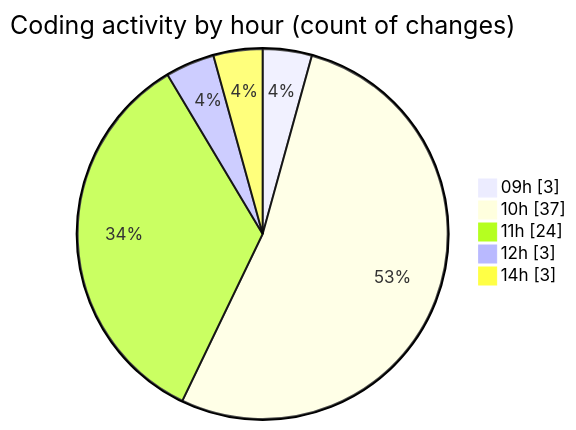
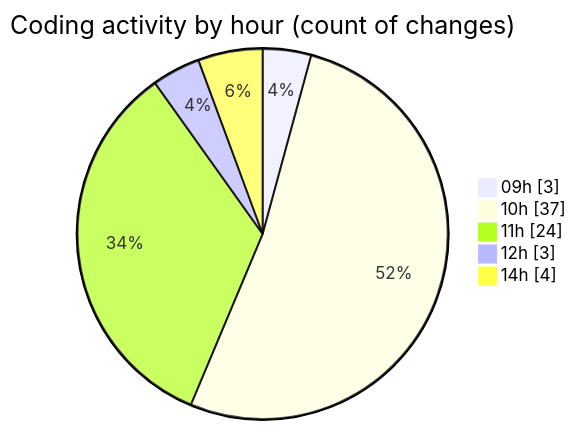
The second of 2 diagrams in 2025-05-02/ecodeli/README.md (CELIANVF/code-tracking), drawn with Mermaid before and after one commit. The commit also changed other lines of this file and 1 other file, not shown here.

````diff
--- a/2025-05-02/ecodeli/README.md
+++ b/2025-05-02/ecodeli/README.md
@@ -59,9 +59,9 @@
 ```mermaid
 pie showData
 title Coding activity by hour (count of changes)
 "09h" : 3
 "10h" : 37
 "11h" : 24
 "12h" : 3
-"14h" : 3
+"14h" : 4
 ```
````
